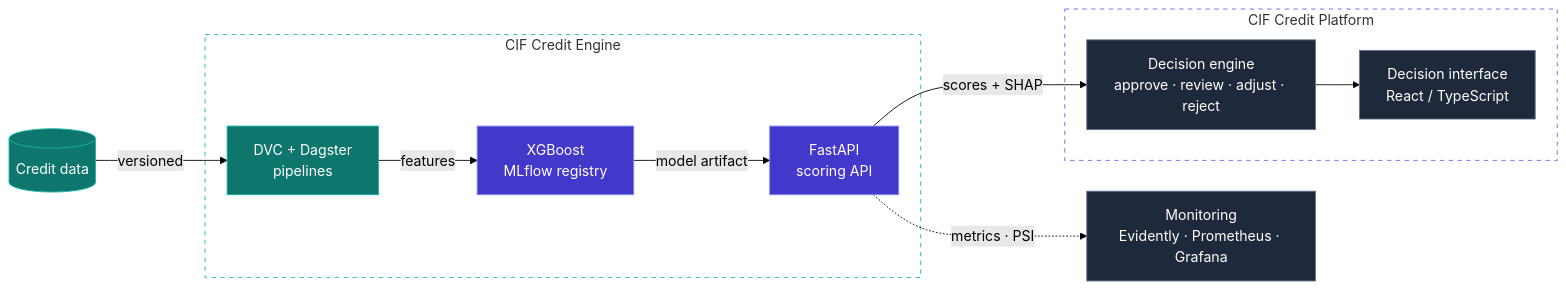
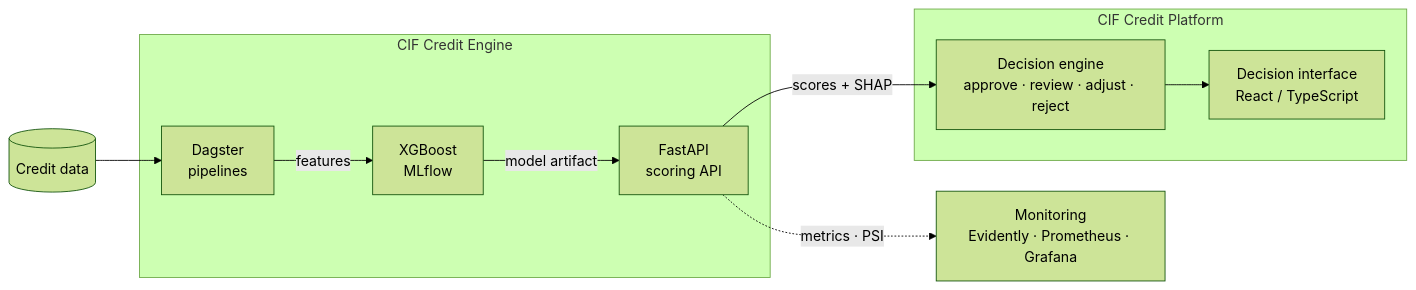
Before and after one commit to Sow221/Sow221: the diagram in README.md, drawn with Mermaid (forest theme). The commit also changed other lines of this file, not shown here.

````diff
--- a/README.md
+++ b/README.md
@@ -255,28 +218,20 @@
 ```mermaid
 flowchart LR
-    D[("Credit data")] -->|versioned| P["DVC + Dagster<br/>pipelines"]
-    P -->|features| M["XGBoost<br/>MLflow registry"]
+    D[("Credit data")] --> P["Dagster<br/>pipelines"]
+    P -->|features| M["XGBoost<br/>MLflow"]
     M -->|model artifact| A["FastAPI<br/>scoring API"]
     A -->|scores + SHAP| E["Decision engine<br/>approve · review · adjust · reject"]
     E --> U["Decision interface<br/>React / TypeScript"]
     A -.->|metrics · PSI| O["Monitoring<br/>Evidently · Prometheus · Grafana"]
 
     subgraph ENGINE["CIF Credit Engine"]
         P
         M
         A
     end
+
     subgraph PLATFORM["CIF Credit Platform"]
         E
         U
     end
-
-    classDef data fill:#0F766E,stroke:#14B8A6,color:#FFFFFF
-    classDef ml fill:#4338CA,stroke:#818CF8,color:#FFFFFF
-    classDef app fill:#1E293B,stroke:#64748B,color:#FFFFFF
-    class D,P data
-    class M,A ml
-    class E,U,O app
-    style ENGINE fill:transparent,stroke:#14B8A6,stroke-dasharray:5 5
-    style PLATFORM fill:transparent,stroke:#6366F1,stroke-dasharray:5 5
 ```
````
